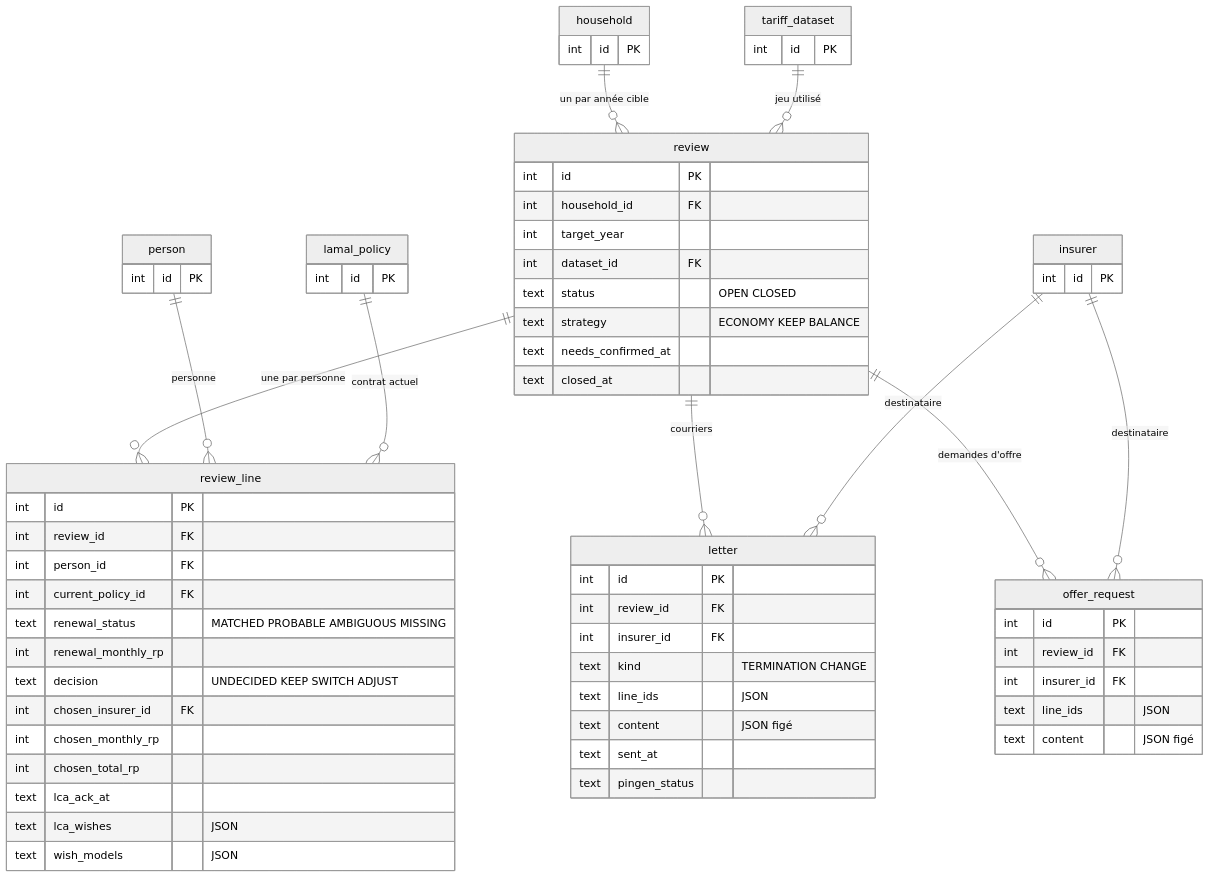
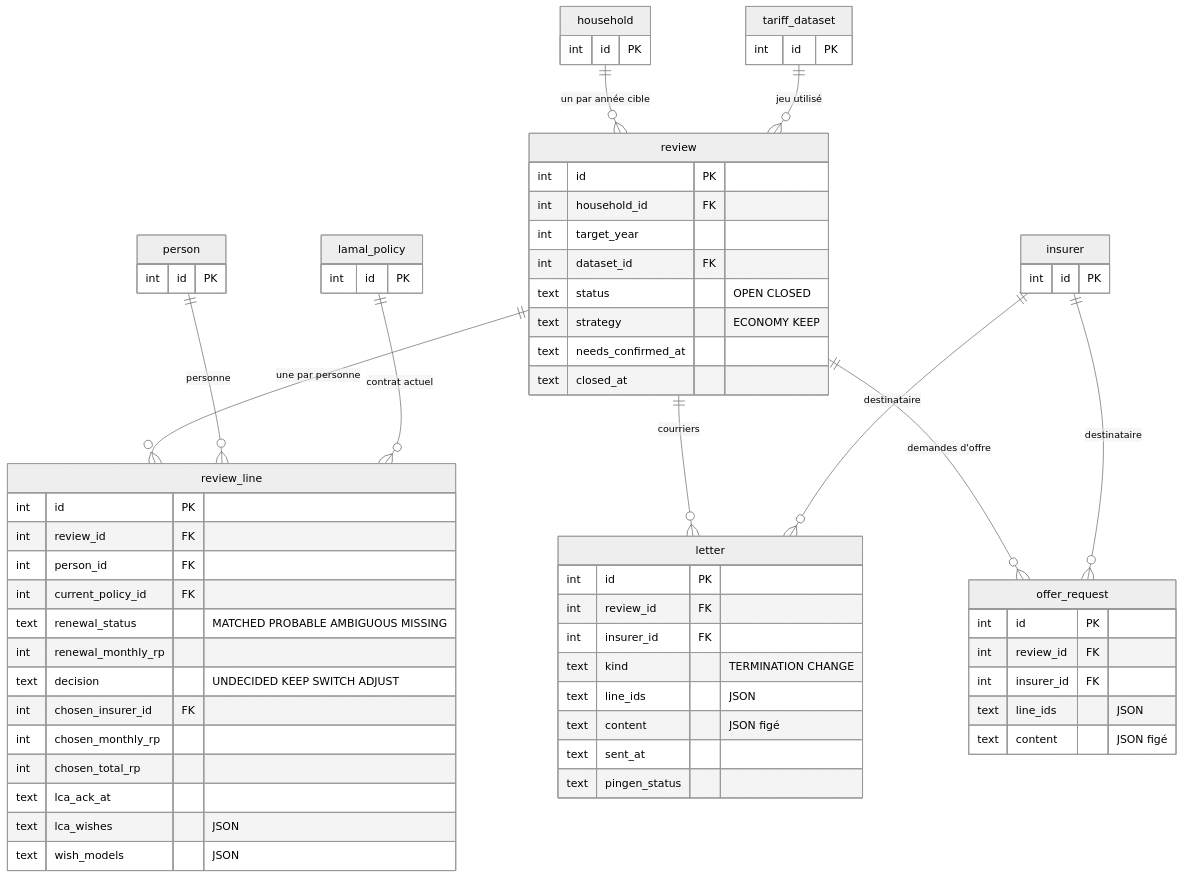
The fourth of 4 diagrams in docs/modele-de-donnees.md (nayton-corp/lamal-tracker), drawn with Mermaid (neutral theme) before and after one commit. The commit also changed other lines of this file and 32 other files, not shown here.

````diff
--- a/docs/modele-de-donnees.md
+++ b/docs/modele-de-donnees.md
@@ -250,70 +250,70 @@
 ```mermaid
 erDiagram
     household ||--o{ review : "un par année cible"
     tariff_dataset ||--o{ review : "jeu utilisé"
     review ||--o{ review_line : "une par personne"
     review ||--o{ letter : "courriers"
     review ||--o{ offer_request : "demandes d'offre"
     person ||--o{ review_line : "personne"
     lamal_policy ||--o{ review_line : "contrat actuel"
     insurer ||--o{ letter : "destinataire"
     insurer ||--o{ offer_request : "destinataire"
 
     review {
         int id PK
         int household_id FK
         int target_year
         int dataset_id FK
         text status "OPEN CLOSED"
-        text strategy "ECONOMY KEEP BALANCE"
+        text strategy "ECONOMY KEEP"
         text needs_confirmed_at
         text closed_at
     }
     review_line {
         int id PK
         int review_id FK
         int person_id FK
         int current_policy_id FK
         text renewal_status "MATCHED PROBABLE AMBIGUOUS MISSING"
         int renewal_monthly_rp
         text decision "UNDECIDED KEEP SWITCH ADJUST"
         int chosen_insurer_id FK
         int chosen_monthly_rp
         int chosen_total_rp
         text lca_ack_at
         text lca_wishes "JSON"
         text wish_models "JSON"
     }
     letter {
         int id PK
         int review_id FK
         int insurer_id FK
         text kind "TERMINATION CHANGE"
         text line_ids "JSON"
         text content "JSON figé"
         text sent_at
         text pingen_status
     }
     offer_request {
         int id PK
         int review_id FK
         int insurer_id FK
         text line_ids "JSON"
         text content "JSON figé"
     }
     household {
         int id PK
     }
     person {
         int id PK
     }
     lamal_policy {
         int id PK
     }
     tariff_dataset {
         int id PK
     }
     insurer {
         int id PK
     }
 ```
````
